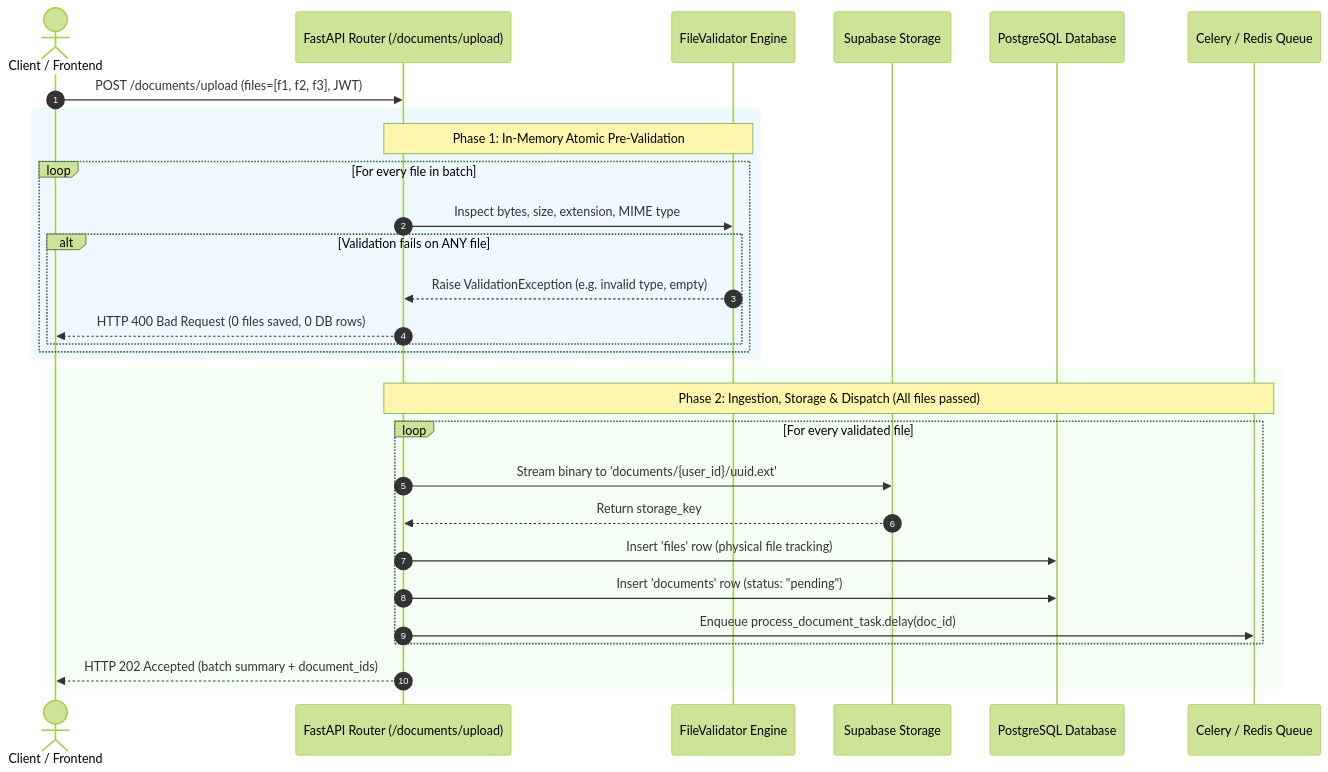
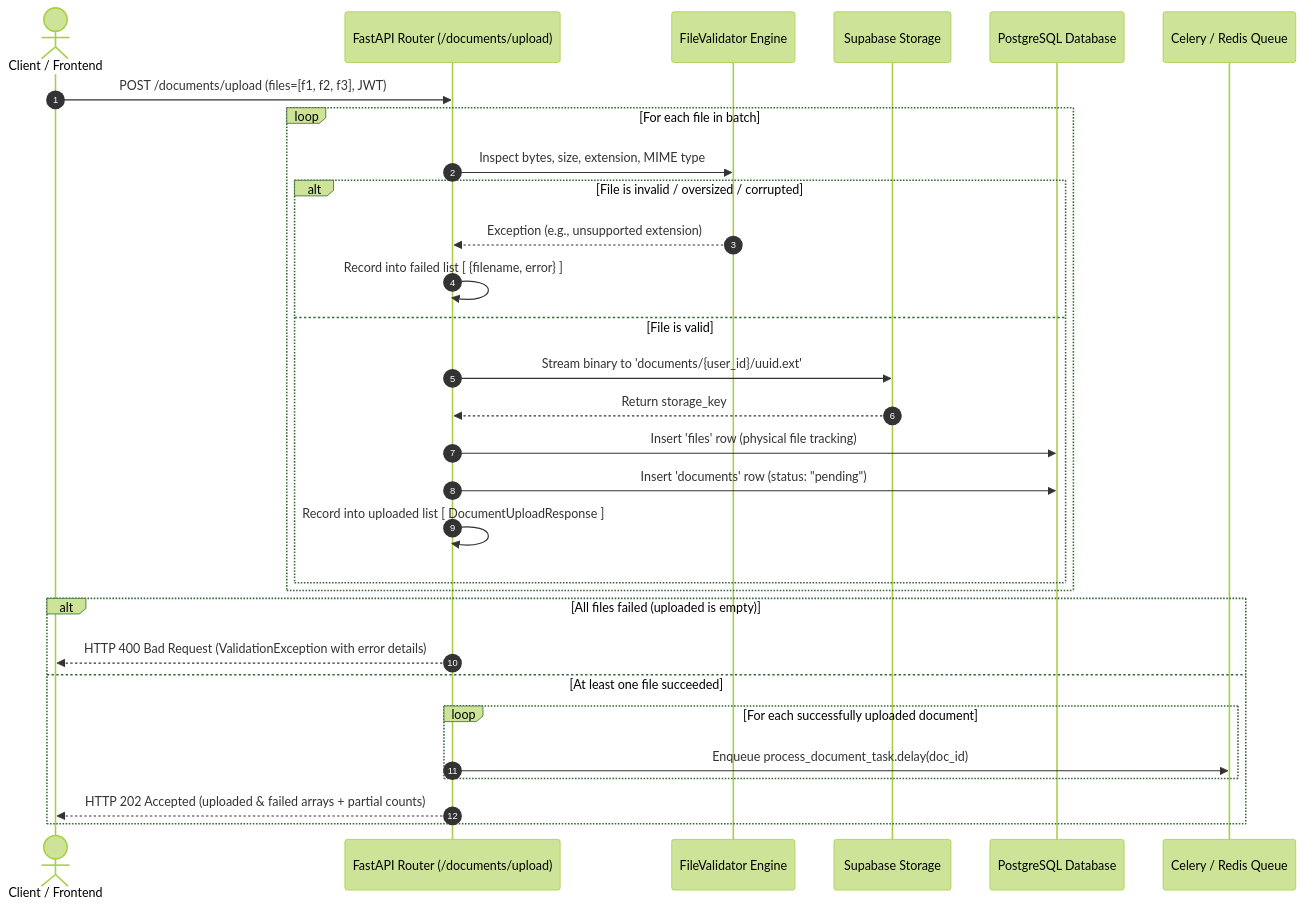
The diagram in docs/01_storage_and_ingestion.md (sabkat-ahmed-rafi/ai-document-intelligence-platform), drawn with Mermaid (forest theme) before and after one commit. The commit also changed other lines of this file and 4 other files, not shown here.

Commit message:
refactor: remove the all or nothing(atomicity) from file upload functionality

````diff
--- a/docs/01_storage_and_ingestion.md
+++ b/docs/01_storage_and_ingestion.md
@@ -29,35 +34,35 @@
 ```mermaid
 sequenceDiagram
     autonumber
     actor User as Client / Frontend
     participant API as FastAPI Router (/documents/upload)
     participant Validator as FileValidator Engine
     participant Storage as Supabase Storage
     participant DB as PostgreSQL Database
     participant Queue as Celery / Redis Queue
 
     User->>API: POST /documents/upload (files=[f1, f2, f3], JWT)
     
-    rect rgb(240, 248, 255)
-        Note over API,Validator: Phase 1: In-Memory Atomic Pre-Validation
-        loop For every file in batch
-            API->>Validator: Inspect bytes, size, extension, MIME type
-            alt Validation fails on ANY file
-                Validator-->>API: Raise ValidationException (e.g. invalid type, empty)
-                API-->>User: HTTP 400 Bad Request (0 files saved, 0 DB rows)
-            end
-        end
-    end
-
-    rect rgb(245, 255, 245)
-        Note over API,Queue: Phase 2: Ingestion, Storage & Dispatch (All files passed)
-        loop For every validated file
+    loop For each file in batch
+        API->>Validator: Inspect bytes, size, extension, MIME type
+        alt File is invalid / oversized / corrupted
+            Validator-->>API: Exception (e.g., unsupported extension)
+            API->>API: Record into failed list [ {filename, error} ]
+        else File is valid
             API->>Storage: Stream binary to 'documents/{user_id}/uuid.ext'
             Storage-->>API: Return storage_key
             API->>DB: Insert 'files' row (physical file tracking)
             API->>DB: Insert 'documents' row (status: "pending")
+            API->>API: Record into uploaded list [ DocumentUploadResponse ]
+        end
+    end
+
+    alt All files failed (uploaded is empty)
+        API-->>User: HTTP 400 Bad Request (ValidationException with error details)
+    else At least one file succeeded
+        loop For each successfully uploaded document
             API->>Queue: Enqueue process_document_task.delay(doc_id)
         end
-        API-->>User: HTTP 202 Accepted (batch summary + document_ids)
+        API-->>User: HTTP 202 Accepted (uploaded & failed arrays + partial counts)
     end
 ```
````
